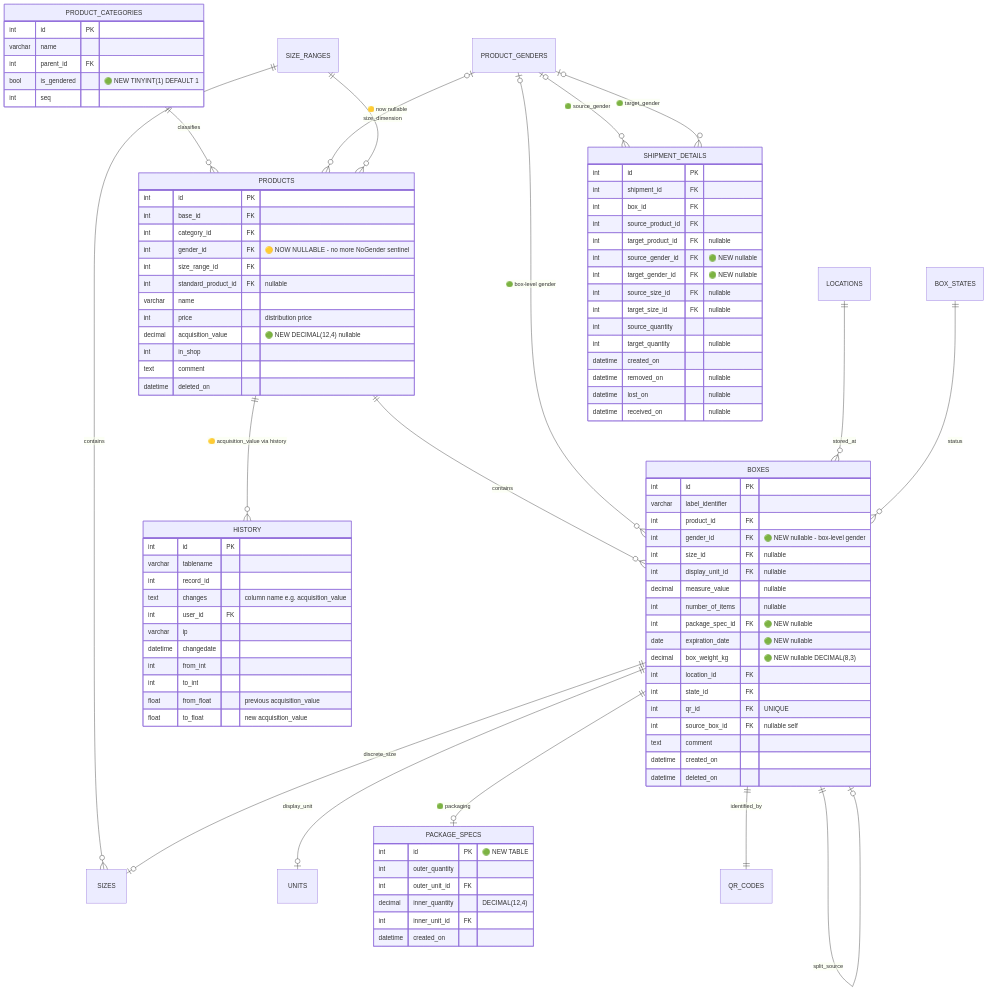
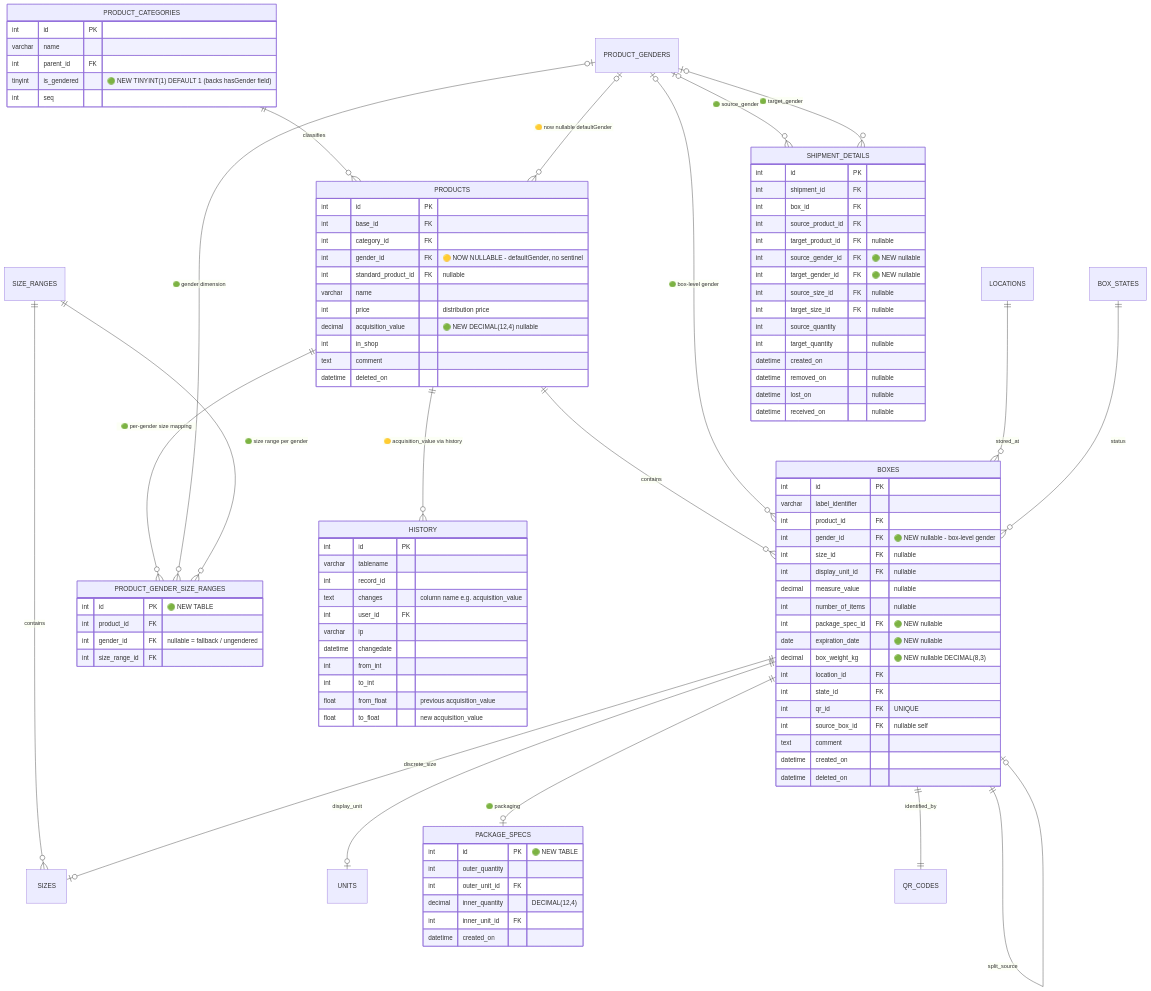
One commit to boxwise/boxtribute changed the third of 3 diagrams in docs/product-data-structure-investigation.md. Above: the diagram before and after it, drawn with Mermaid. The commit also changed other lines of this file, not shown here.

First line of the commit message:
docs: scenario 3 - product_gender_size_ranges table, package breakdown, hasGender/is_gendered, open questions update

```diff
--- a/docs/product-data-structure-investigation.md
+++ b/docs/product-data-structure-investigation.md
@@ -894,9 +896,11 @@
 erDiagram
     PRODUCTS ||--o{ BOXES : "contains"
     PRODUCT_CATEGORIES ||--o{ PRODUCTS : "classifies"
-    PRODUCT_GENDERS |o--o{ PRODUCTS : "🟡 now nullable"
+    PRODUCT_GENDERS |o--o{ PRODUCTS : "🟡 now nullable defaultGender"
     PRODUCT_GENDERS |o--o{ BOXES : "🟢 box-level gender"
-    SIZE_RANGES ||--o{ PRODUCTS : "size_dimension"
+    PRODUCTS ||--o{ PRODUCT_GENDER_SIZE_RANGES : "🟢 per-gender size mapping"
+    PRODUCT_GENDERS |o--o{ PRODUCT_GENDER_SIZE_RANGES : "🟢 gender dimension"
+    SIZE_RANGES ||--o{ PRODUCT_GENDER_SIZE_RANGES : "🟢 size range per gender"
     SIZE_RANGES ||--o{ SIZES : "contains"
     BOXES ||--o| SIZES : "discrete_size"
     BOXES ||--o| UNITS : "display_unit"
@@ -913,8 +917,7 @@
         int id PK
         int base_id FK
         int category_id FK
-        int gender_id FK "🟡 NOW NULLABLE - no more NoGender sentinel"
-        int size_range_id FK
+        int gender_id FK "🟡 NOW NULLABLE - defaultGender, no sentinel"
         int standard_product_id FK "nullable"
         varchar name
         int price "distribution price"
@@ -924,11 +927,18 @@
         datetime deleted_on
     }
 
+    PRODUCT_GENDER_SIZE_RANGES {
+        int id PK "🟢 NEW TABLE"
+        int product_id FK
+        int gender_id FK "nullable = fallback / ungendered"
+        int size_range_id FK
+    }
+
     PRODUCT_CATEGORIES {
         int id PK
         varchar name
         int parent_id FK
-        bool is_gendered "🟢 NEW TINYINT(1) DEFAULT 1"
+        tinyint is_gendered "🟢 NEW TINYINT(1) DEFAULT 1 (backs hasGender field)"
         int seq
     }
 
```
